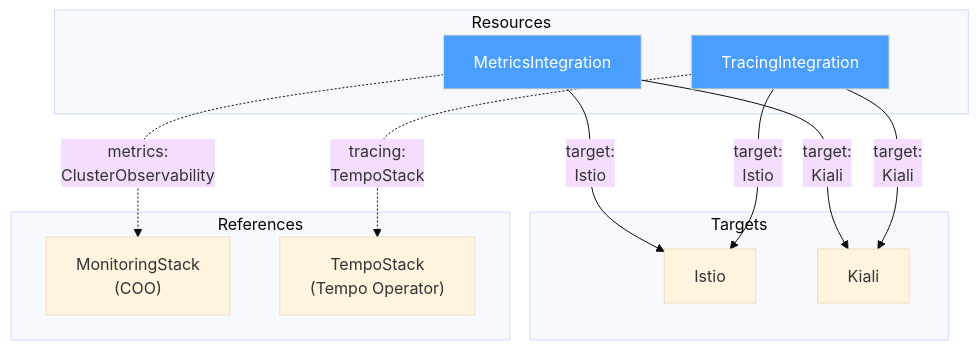
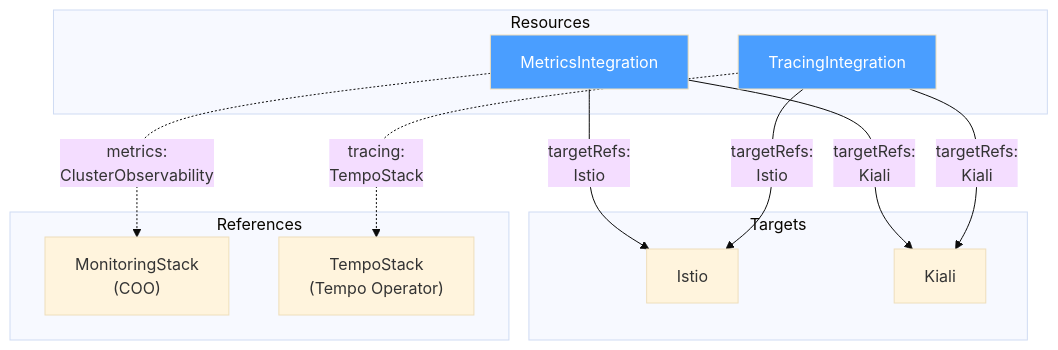
The diagram in enhancements/SEP4-integrations.md (istio-ecosystem/sail-operator), drawn with Mermaid (base theme) before and after one commit. The commit also changed other lines of this file, not shown here.

````diff
--- a/enhancements/SEP4-integrations.md
+++ b/enhancements/SEP4-integrations.md
@@ -435,28 +432,28 @@
 ```mermaid
 flowchart TD
     subgraph "Resources"
         MI["MetricsIntegration"]
         TI["TracingIntegration"]
     end
 
     subgraph "Targets"
         Istio["Istio"]
         Kiali["Kiali"]
     end
 
     subgraph "References"
         MS["MonitoringStack\n(COO)"]
         TS["TempoStack\n(Tempo Operator)"]
     end
 
-    MI -- "target:\nIstio" --> Istio
-    MI -- "target:\nKiali" --> Kiali
+    MI -- "targetRefs:\nIstio" --> Istio
+    MI -- "targetRefs:\nKiali" --> Kiali
     MI -. "metrics:\nClusterObservability" .-> MS
 
-    TI -- "target:\nIstio" --> Istio
-    TI -- "target:\nKiali" --> Kiali
+    TI -- "targetRefs:\nIstio" --> Istio
+    TI -- "targetRefs:\nKiali" --> Kiali
     TI -. "tracing:\nTempoStack" .-> TS
 
     style MI fill:#4a9eff,color:#fff
     style TI fill:#4a9eff,color:#fff
 ```
````
